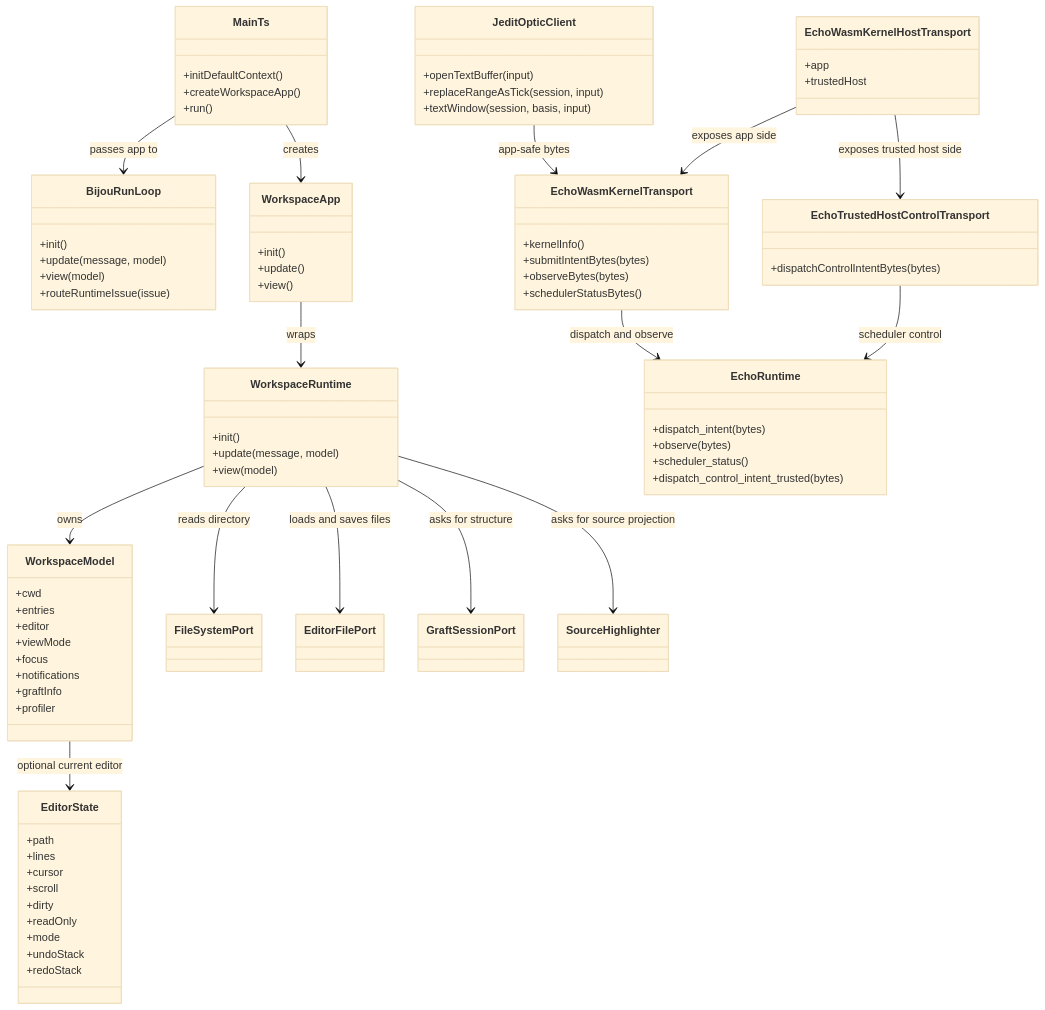
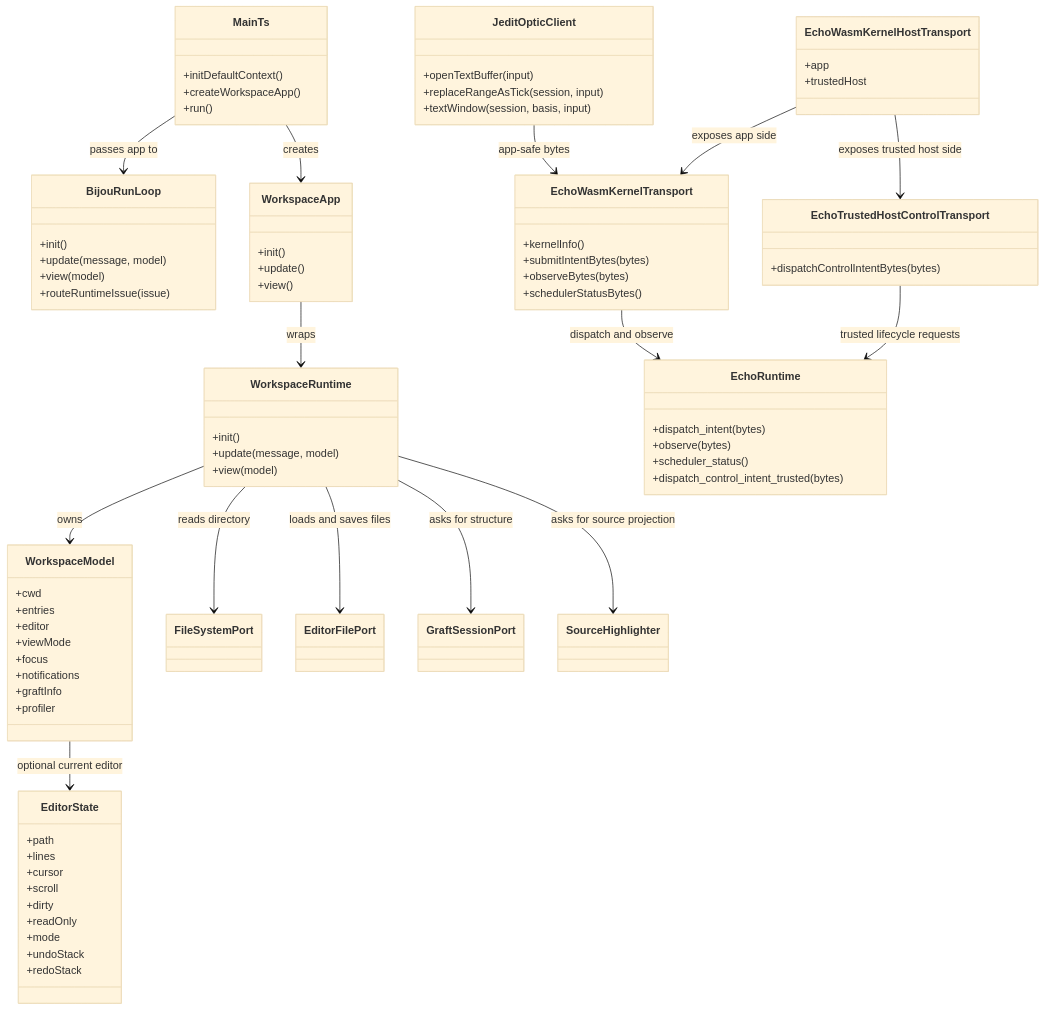
Before and after one commit to flyingrobots/jedit: the first of 12 diagrams in docs/jedit-echo-end-to-end.md, drawn with Mermaid (base theme). The commit also changed other lines of this file and 1 other file, not shown here.

Commit message:
docs: clarify Echo-owned tick authority

````diff
--- a/docs/jedit-echo-end-to-end.md
+++ b/docs/jedit-echo-end-to-end.md
@@ -192,5 +193,5 @@
   EchoWasmKernelHostTransport --> EchoWasmKernelTransport : exposes app side
   EchoWasmKernelHostTransport --> EchoTrustedHostControlTransport : exposes trusted host side
   EchoWasmKernelTransport --> EchoRuntime : dispatch and observe
-  EchoTrustedHostControlTransport --> EchoRuntime : scheduler control
+  EchoTrustedHostControlTransport --> EchoRuntime : trusted lifecycle requests
 ```
````
